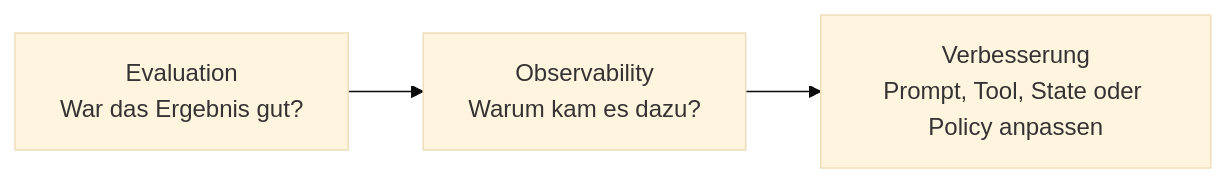
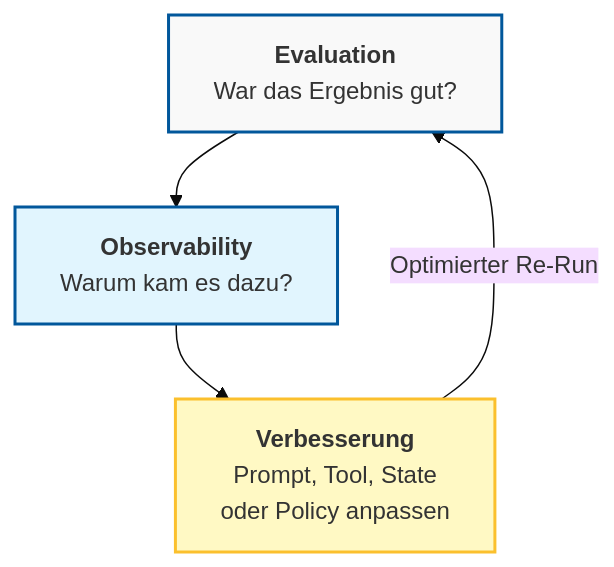
One commit to ralf-42/Agenten changed the first of 3 diagrams in docs/frameworks/Agent_Evaluation_Observability_Best_Practices.md. Above: the diagram before and after it, drawn with Mermaid (base theme). The commit also changed other lines of this file and 1 other file, not shown here.

````diff
--- a/docs/frameworks/Agent_Evaluation_Observability_Best_Practices.md
+++ b/docs/frameworks/Agent_Evaluation_Observability_Best_Practices.md
@@ -39,5 +39,11 @@
 ```mermaid
-flowchart LR
-    A["Evaluation\nWar das Ergebnis gut?"] --> B["Observability\nWarum kam es dazu?"]
-    B --> C["Verbesserung\nPrompt, Tool, State oder Policy anpassen"]
+flowchart TD
+    A["<b>Evaluation</b><br>War das Ergebnis gut?"] --> B["<b>Observability</b><br>Warum kam es dazu?"]
+    B --> C["<b>Verbesserung</b><br>Prompt, Tool, State<br>oder Policy anpassen"]
+    C -- "Optimierter Re-Run" --> A
+    
+    %% Optisches Highlight für den Loop
+    style A fill:#f9f9f9,stroke:#01579b,stroke-width:2px 
+    style B fill:#e1f5fe,stroke:#01579b,stroke-width:2px 
+    style C fill:#fff9c4,stroke:#fbc02d,stroke-width:2px
 ```
````
